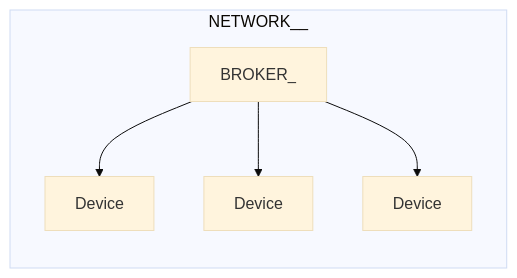
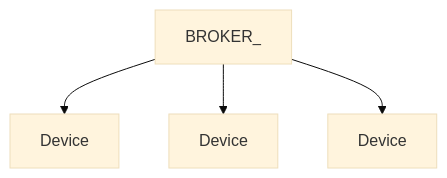
One commit to e-kucheriavyi/holy-spring-2026-home changed the second of 2 diagrams in slides.md. Above: the diagram before and after it, drawn with Mermaid (base theme). The commit also changed other lines of this file and 18 other files, not shown here.

````diff
--- a/slides.md
+++ b/slides.md
@@ -899,10 +963,6 @@
 ```mermaid {scale: 1.5}
 flowchart TD
-  subgraph "NETWORK__"
-    direction TB
-    Host["BROKER_"]
-    Host --> NodeA["Device"]
+    Host["BROKER_"] --> NodeA["Device"]
     Host --> NodeB["Device"]
     Host --> NodeC["Device"]
-  end
 ```
````
